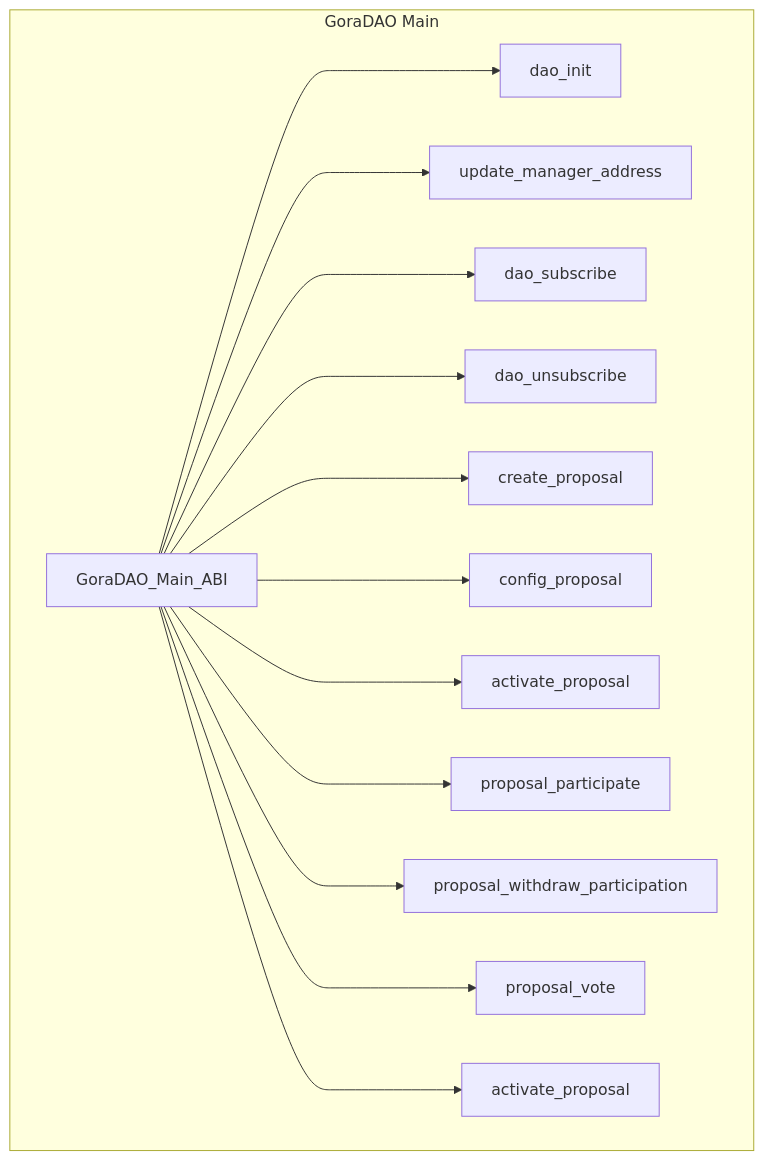
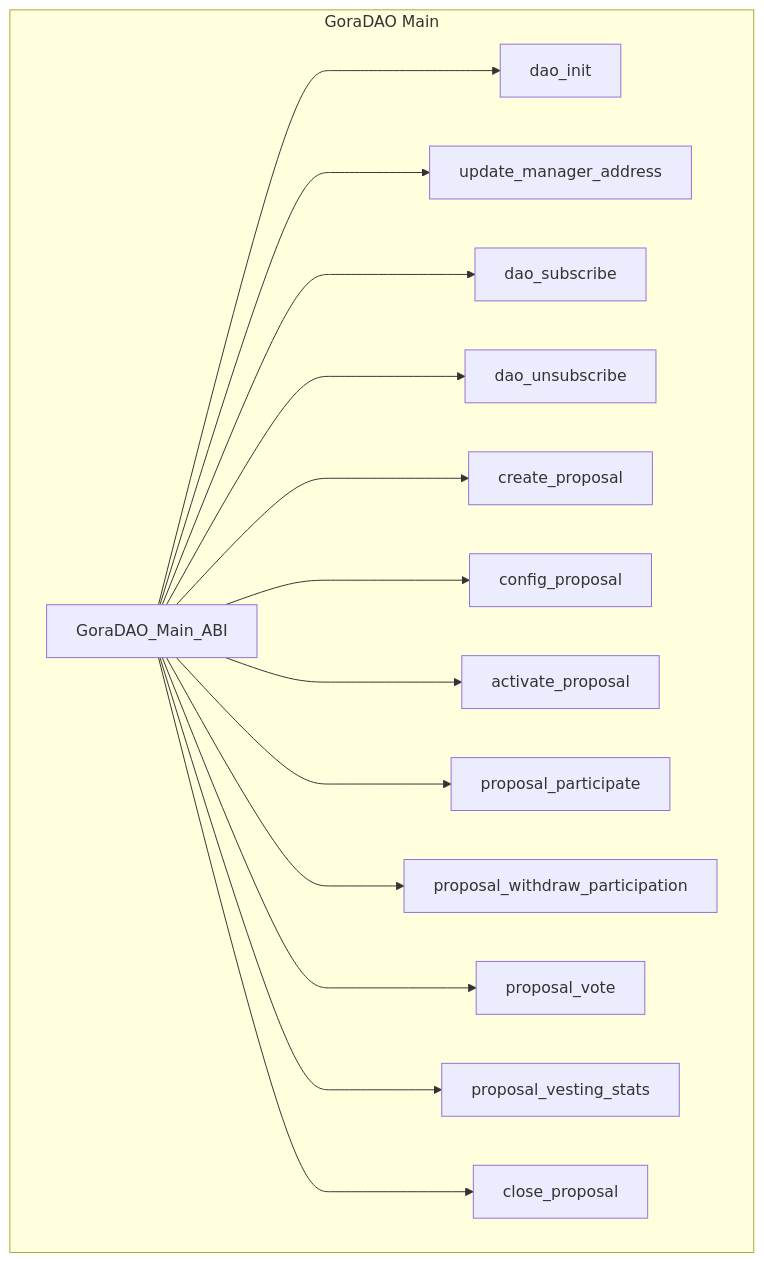
The sixth of 8 diagrams in README.md (GoraNetwork/gora-dao-smartcontracts), drawn with Mermaid before and after one commit.

````diff
--- a/README.md
+++ b/README.md
@@ -213,37 +213,39 @@
 ```mermaid
 
 graph TB
  
       subgraph GoraDAO Main
             GoraDAO_Main[GoraDAO_Main_ABI]
             DAO_Init[dao_init]
             Update_Manager_address[update_manager_address]
             DAO_Subscribe[dao_subscribe]
             DAO_Unsubscribe[dao_unsubscribe]
        
             Create_Proposal[create_proposal]
             Configure_Proposal[config_proposal]
             Activate_Voting[activate_proposal]
             Proposal_Participate[proposal_participate]
             Proposal_Withdraw_Participation[proposal_withdraw_participation]
             Proposal_Vote[proposal_vote]
-            Force_Close_Proposal[activate_proposal]
+            Proposal_Vesting_Stats[proposal_vesting_stats]
+            Force_Close_Proposal[close_proposal]
        
         end
       
 
       GoraDAO_Main[GoraDAO_Main_ABI] ---> DAO_Init
       GoraDAO_Main[GoraDAO_Main_ABI] ---> Update_Manager_address
       GoraDAO_Main[GoraDAO_Main_ABI] ---> DAO_Subscribe
       GoraDAO_Main[GoraDAO_Main_ABI] ---> DAO_Unsubscribe
 
       GoraDAO_Main[GoraDAO_Main_ABI] ---> Create_Proposal
       GoraDAO_Main[GoraDAO_Main_ABI] ---> Configure_Proposal
       GoraDAO_Main[GoraDAO_Main_ABI] ---> Activate_Voting
       GoraDAO_Main[GoraDAO_Main_ABI] ---> Proposal_Participate
       GoraDAO_Main[GoraDAO_Main_ABI] ---> Proposal_Withdraw_Participation
       GoraDAO_Main[GoraDAO_Main_ABI] ---> Proposal_Vote
+      GoraDAO_Main[GoraDAO_Main_ABI] ---> Proposal_Vesting_Stats
       GoraDAO_Main[GoraDAO_Main_ABI] ---> Force_Close_Proposal
  
 
 ```
````
